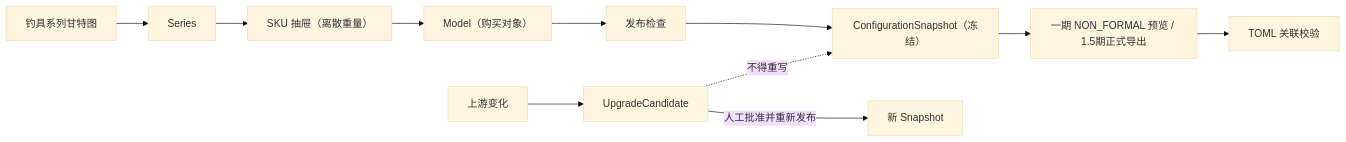
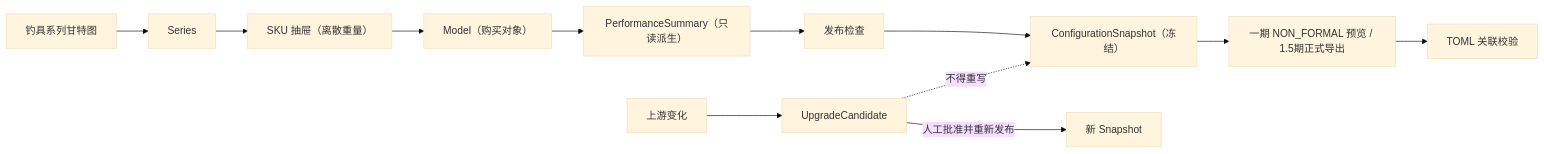
The diagram in docs/ux/tackle-forger-product-design-completion-v3.md (futouyiba/tackle-forger), drawn with Mermaid (base theme) before and after one commit. The commit also changed other lines of this file and 7 other files, not shown here.

````diff
--- a/docs/ux/tackle-forger-product-design-completion-v3.md
+++ b/docs/ux/tackle-forger-product-design-completion-v3.md
@@ -18,13 +18,14 @@
 ```mermaid
 flowchart LR
   G["钓具系列甘特图"] --> S["Series"]
   S --> K["SKU 抽屉（离散重量）"]
   K --> M["Model（购买对象）"]
-  M --> P["发布检查"]
+  M --> R["PerformanceSummary（只读派生）"]
+  R --> P["发布检查"]
   P --> F["ConfigurationSnapshot（冻结）"]
   F --> E["一期 NON_FORMAL 预览 / 1.5期正式导出"]
   E --> V["TOML 关联校验"]
   U["上游变化"] --> C["UpgradeCandidate"]
   C -->|人工批准并重新发布| F2["新 Snapshot"]
   C -.不得重写.-> F
 ```
````
